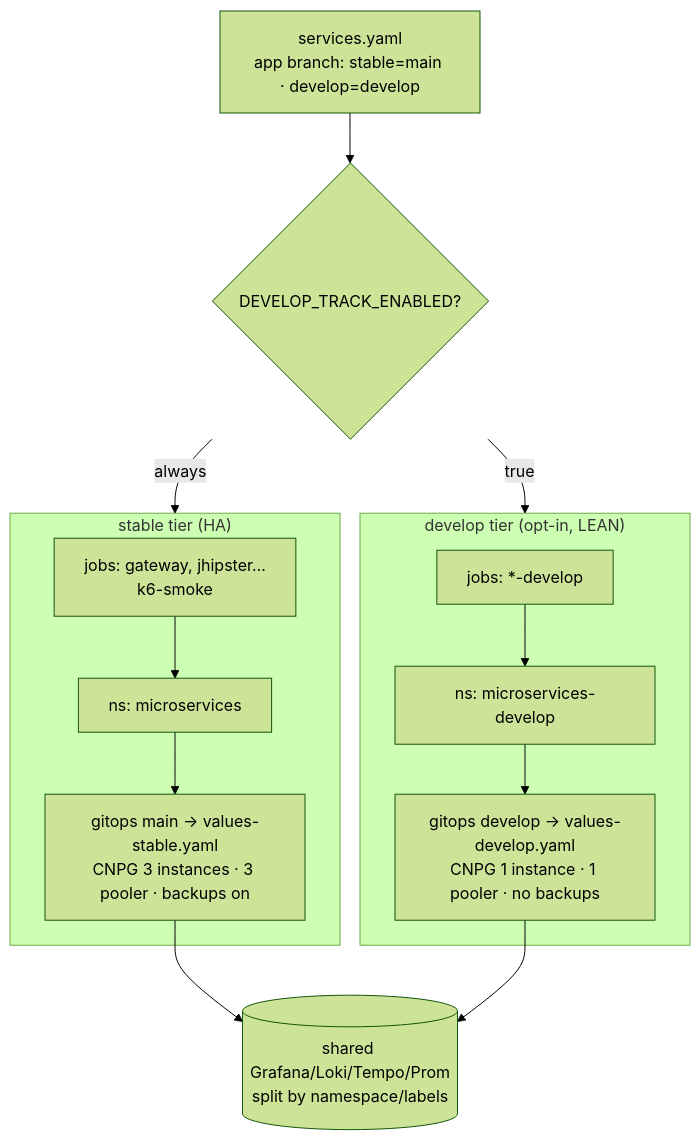
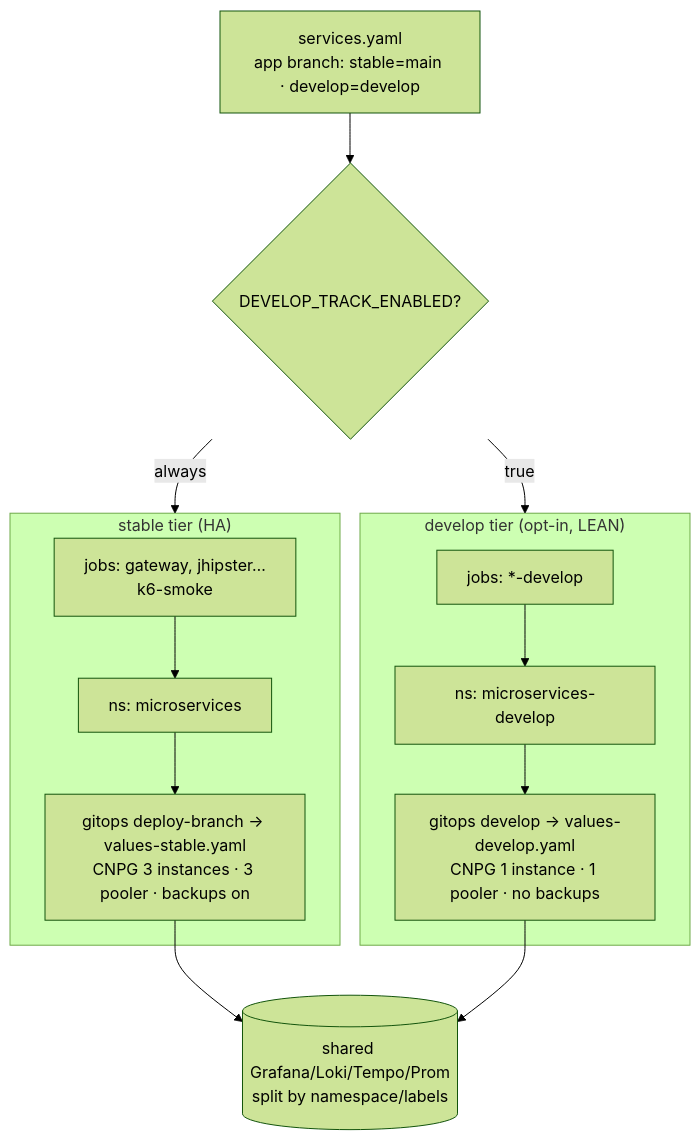
Before and after one commit to nubenetes/jenkins-2026: the fifth of 12 diagrams in docs/402-PIPELINES_AS_CODE.md, drawn with Mermaid (forest theme). The commit also changed other lines of this file and 130 other files, not shown here.

````diff
--- a/docs/402-PIPELINES_AS_CODE.md
+++ b/docs/402-PIPELINES_AS_CODE.md
@@ -229,16 +229,16 @@
 ```mermaid
 flowchart TB
   reg["services.yaml<br/>app branch: stable=main · develop=develop"] --> sw{DEVELOP_TRACK_ENABLED?}
   sw -->|always| stable
   sw -->|true| develop
   subgraph stable["stable tier (HA)"]
     sjobs["jobs: gateway, jhipster…<br/>k6-smoke"] --> sns["ns: microservices"]
-    sns --> sval["gitops main → values-stable.yaml<br/>CNPG 3 instances · 3 pooler · backups on"]
+    sns --> sval["gitops deploy-branch → values-stable.yaml<br/>CNPG 3 instances · 3 pooler · backups on"]
   end
   subgraph develop["develop tier (opt-in, LEAN)"]
     djobs["jobs: *-develop"] --> dns["ns: microservices-develop"]
     dns --> dval["gitops develop → values-develop.yaml<br/>CNPG 1 instance · 1 pooler · no backups"]
   end
   sval --> shared[(shared Grafana/Loki/Tempo/Prom<br/>split by namespace/labels)]
   dval --> shared
 ```
````
